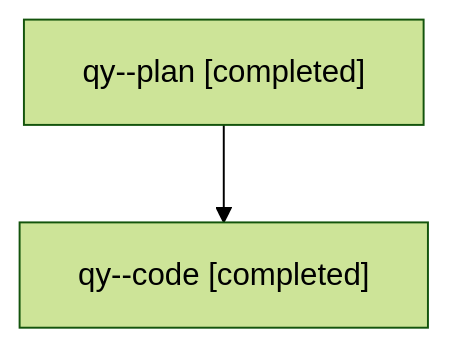
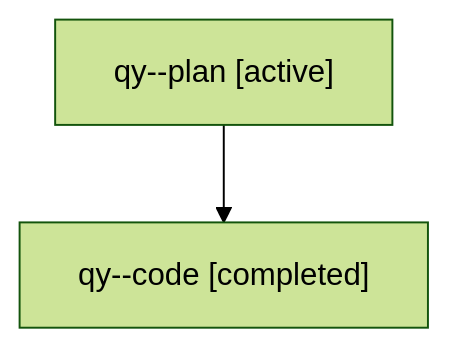
One commit to sase-org/sase--agents changed the diagram in families/bbugyi200.athena.qy.md. Above: the diagram before and after it, drawn with Mermaid (forest theme). The commit also changed other lines of this file and 5813 other files, not shown here.

````diff
--- a/families/bbugyi200.athena.qy.md
+++ b/families/bbugyi200.athena.qy.md
@@ -9,6 +9,6 @@
 ```mermaid
 flowchart TD
-  n0["qy--plan [completed]"]
+  n0["qy--plan [active]"]
   n1["qy--code [completed]"]
   n0 --> n1
 ```
````
